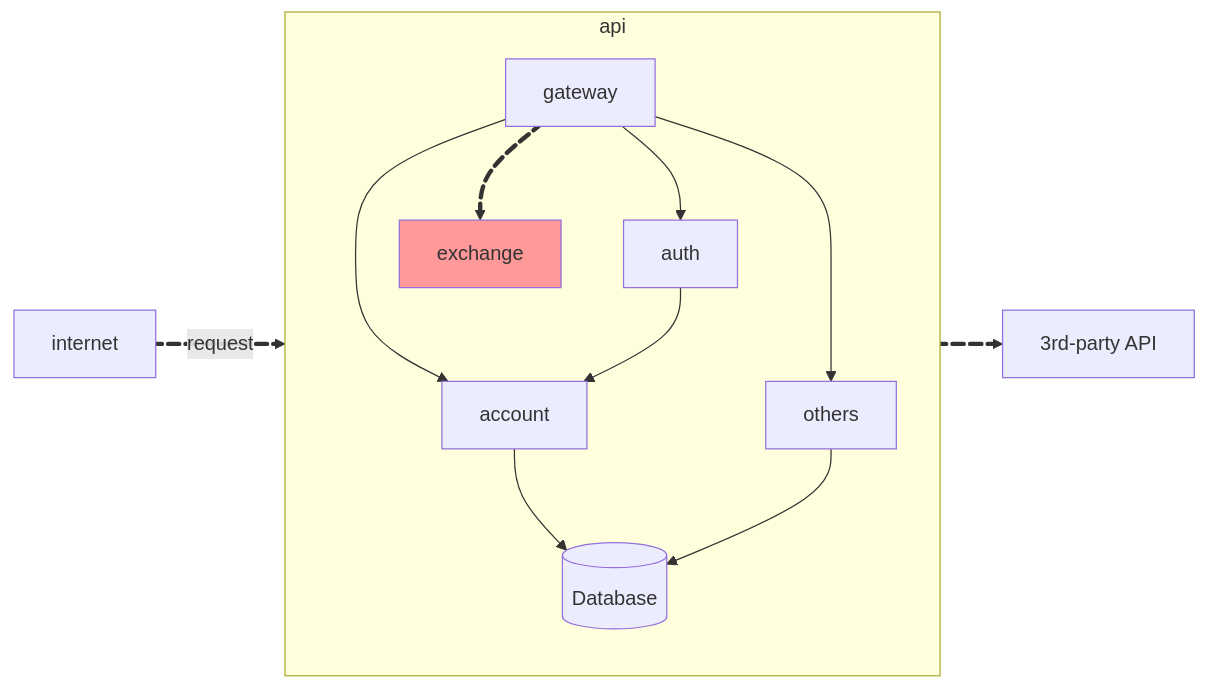
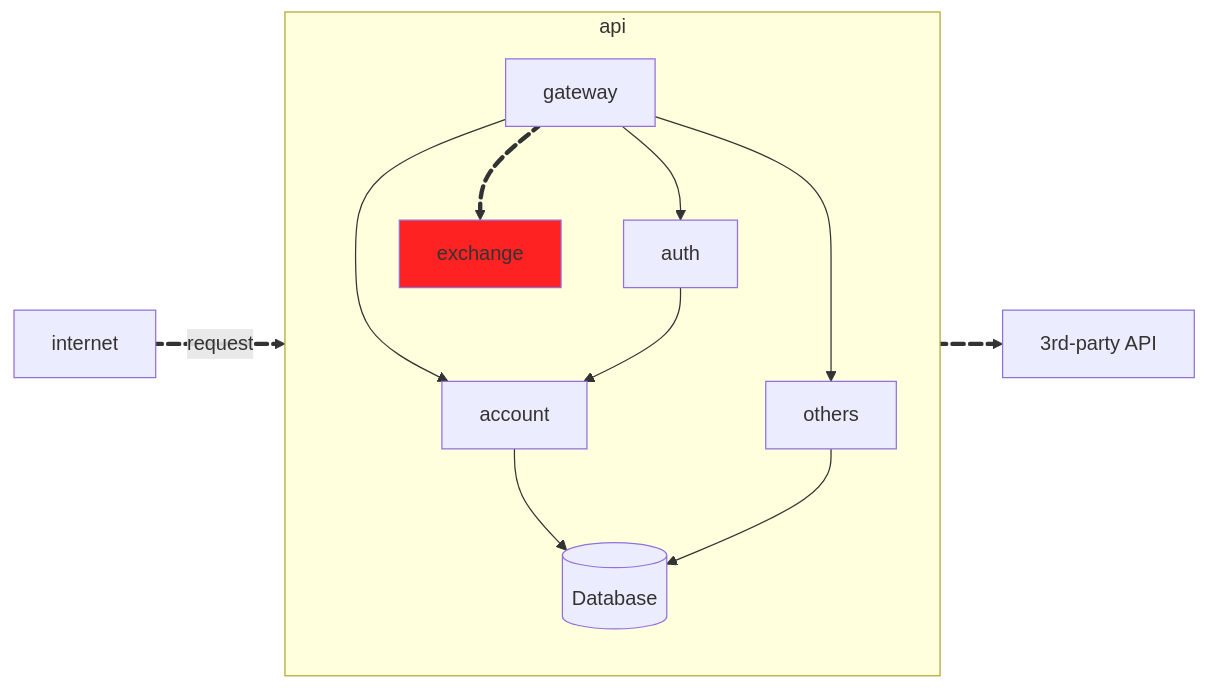
One commit to laupontiroli/platform_api-serv changed the diagram in docs/exercises/exercise1.md. Above: the diagram before and after it, drawn with Mermaid. The commit also changed 2 other files, not shown here.

````diff
--- a/docs/exercises/exercise1.md
+++ b/docs/exercises/exercise1.md
@@ -45,19 +45,20 @@
     ``` mermaid
     flowchart LR
         subgraph api
             direction TB
             gateway --> account
             gateway --> auth
             gateway --> others
             account --> db@{ shape: cyl, label: "Database" }
             others --> db
             auth --> account
-            gateway e1@==> exchange:::exchange
+            gateway e1@==> exchange:::color
             e1@{ animate: true }
         end
         exchange e2@==> 3partyapi@{label: "3rd-party API"}
         internet e3@==>|request| gateway
         e2@{ animate: true }
         e3@{ animate: true }
-        classDef exchange fill:#f99
+        classDef color fill:#f22
+        click exchange "#exchange-api" "Exchange API"
     ```
````
